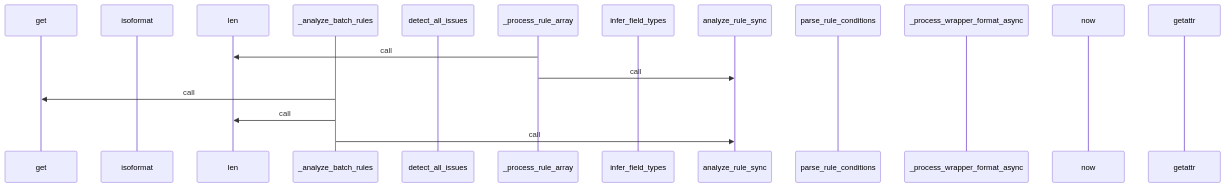
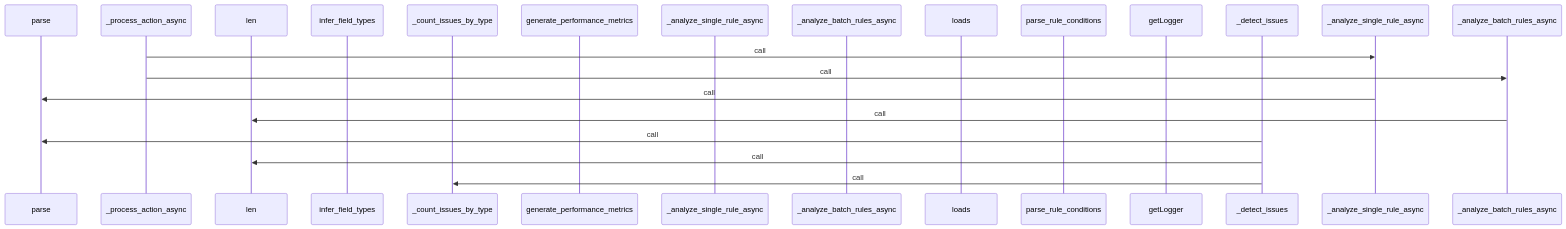
Before and after one commit to yeonjae-personal/codemuse-backend: the third of 4 diagrams in generated_docs/rule_analyzer/json_processor.md, drawn with Mermaid. The commit also changed other lines of this file and 3378 other files, not shown here.

````diff
--- a/generated_docs/rule_analyzer/json_processor.md
+++ b/generated_docs/rule_analyzer/json_processor.md
@@ -294,20 +294,22 @@
 ```mermaid
 sequenceDiagram
-  participant get as get
-  participant isoformat as isoformat
+  participant parse as parse
+  participant _process_action_async as _process_action_async
   participant len as len
-  participant _analyze_batch_rules as _analyze_batch_rules
-  participant detect_all_issues as detect_all_issues
-  participant _process_rule_array as _process_rule_array
   participant infer_field_types as infer_field_types
-  participant analyze_rule_sync as analyze_rule_sync
+  participant _count_issues_by_type as _count_issues_by_type
+  participant generate_performance_met as generate_performance_metrics
+  participant _analyze_single_rule_asy as _analyze_single_rule_async
+  participant _analyze_batch_rules_asy as _analyze_batch_rules_async
+  participant loads as loads
   participant parse_rule_conditions as parse_rule_conditions
-  participant _process_wrapper_format_ as _process_wrapper_format_async
-  participant now as now
-  participant getattr as getattr
-  _process_rule_array->>len: call
-  _process_rule_array->>analyze_rule_sync: call
-  _analyze_batch_rules->>get: call
-  _analyze_batch_rules->>len: call
-  _analyze_batch_rules->>analyze_rule_sync: call
+  participant getLogger as getLogger
+  participant _detect_issues as _detect_issues
+  _process_action_async->>_analyze_single_rule_async: call
+  _process_action_async->>_analyze_batch_rules_async: call
+  _analyze_single_rule_async->>parse: call
+  _analyze_batch_rules_async->>len: call
+  _detect_issues->>parse: call
+  _detect_issues->>len: call
+  _detect_issues->>_count_issues_by_type: call
 ```
````
